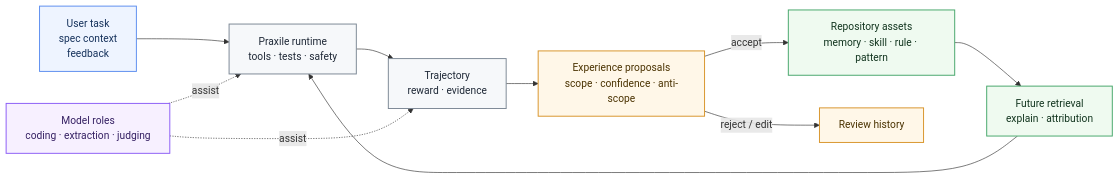
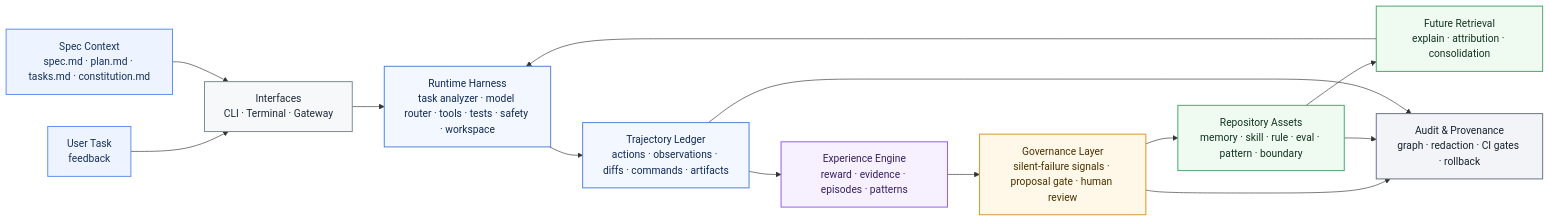
Before and after one commit to Praxile-Alpha/Praxile: the first of 3 diagrams in README.md, drawn with Mermaid. The commit also changed other lines of this file and 2 other files, not shown here.

Commit message:
docs: update READMEs and add ARCHITECTURE_DIAGRAMS.md

````diff
--- a/README.md
+++ b/README.md
@@ -154,19 +71,28 @@
 ```mermaid
 flowchart LR
-    classDef user fill:#EEF4FF,stroke:#5B8DEF,color:#16325C,stroke-width:1.5px;
-    classDef runtime fill:#F6F8FA,stroke:#7B8794,color:#1F2937,stroke-width:1.5px;
-    classDef exp fill:#EFFAF0,stroke:#45A66A,color:#12351F,stroke-width:1.5px;
-    classDef review fill:#FFF7E8,stroke:#D8942A,color:#4A3200,stroke-width:1.5px;
-    classDef model fill:#F7F0FF,stroke:#8B5CF6,color:#352063,stroke-width:1.5px;
+    classDef input fill:#EEF4FF,stroke:#5B8DEF,color:#16325C,stroke-width:1.5px;
+    classDef interface fill:#F6F8FA,stroke:#7B8794,color:#1F2937,stroke-width:1.5px;
+    classDef runtime fill:#F3F7FF,stroke:#4F7FD9,color:#102A56,stroke-width:1.5px;
+    classDef engine fill:#F7F0FF,stroke:#8B5CF6,color:#352063,stroke-width:1.5px;
+    classDef gov fill:#FFF7E8,stroke:#D8942A,color:#4A3200,stroke-width:1.5px;
+    classDef asset fill:#EFFAF0,stroke:#45A66A,color:#12351F,stroke-width:1.5px;
+    classDef audit fill:#F2F4F7,stroke:#667085,color:#182230,stroke-width:1.5px;
 
-    U["User task<br/>spec context<br/>feedback"]:::user --> R["Praxile runtime<br/>tools · tests · safety"]:::runtime
-    R --> T["Trajectory<br/>reward · evidence"]:::runtime
-    T --> P["Experience proposals<br/>scope · confidence · anti-scope"]:::review
-    P -->|accept| A["Repository assets<br/>memory · skill · rule · pattern"]:::exp
-    P -->|reject / edit| X["Review history"]:::review
-    A --> Q["Future retrieval<br/>explain · attribution"]:::exp
+    U["User Task<br/>feedback"]:::input
+    S["Spec Context<br/>spec.md · plan.md · tasks.md · constitution.md"]:::input
+
+    U --> I["Interfaces<br/>CLI · Terminal · Gateway"]:::interface
+    S --> I
+
+    I --> R["Runtime Harness<br/>task analyzer · model router · tools · tests · safety · workspace"]:::runtime
+    R --> T["Trajectory Ledger<br/>actions · observations · diffs · commands · artifacts"]:::runtime
+    T --> E["Experience Engine<br/>reward · evidence · episodes · patterns"]:::engine
+    E --> G["Governance Layer<br/>silent-failure signals · proposal gate · human review"]:::gov
+    G --> A["Repository Assets<br/>memory · skill · rule · eval · pattern · boundary"]:::asset
+    A --> Q["Future Retrieval<br/>explain · attribution · consolidation"]:::asset
     Q --> R
 
-    M["Model roles<br/>coding · extraction · judging"]:::model -. assist .-> R
-    M -. assist .-> T
+    G --> O["Audit & Provenance<br/>graph · redaction · CI gates · rollback"]:::audit
+    A --> O
+    T --> O
 ```
````
